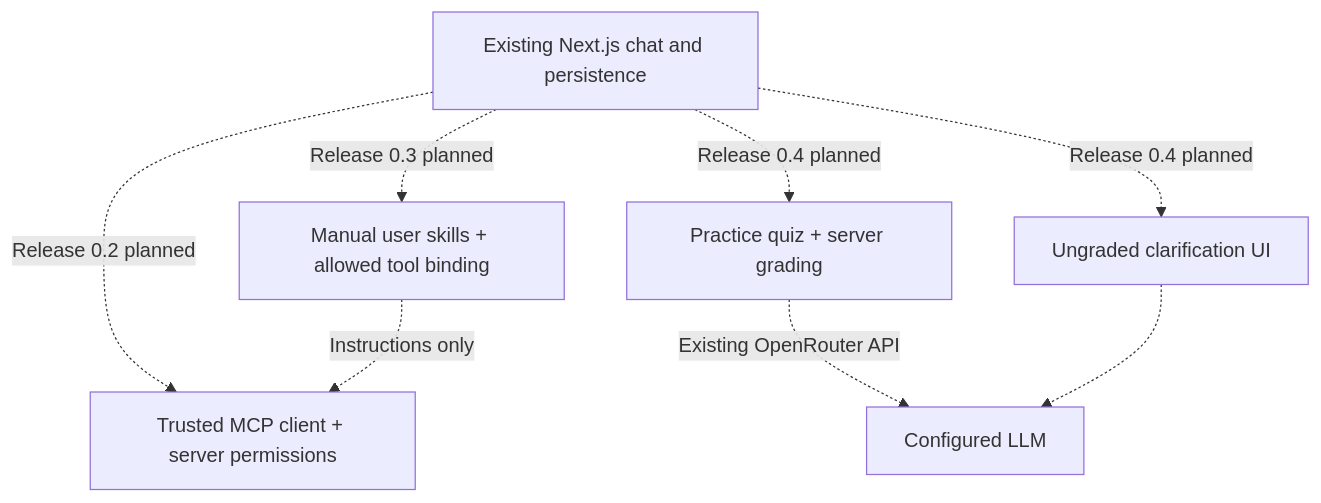
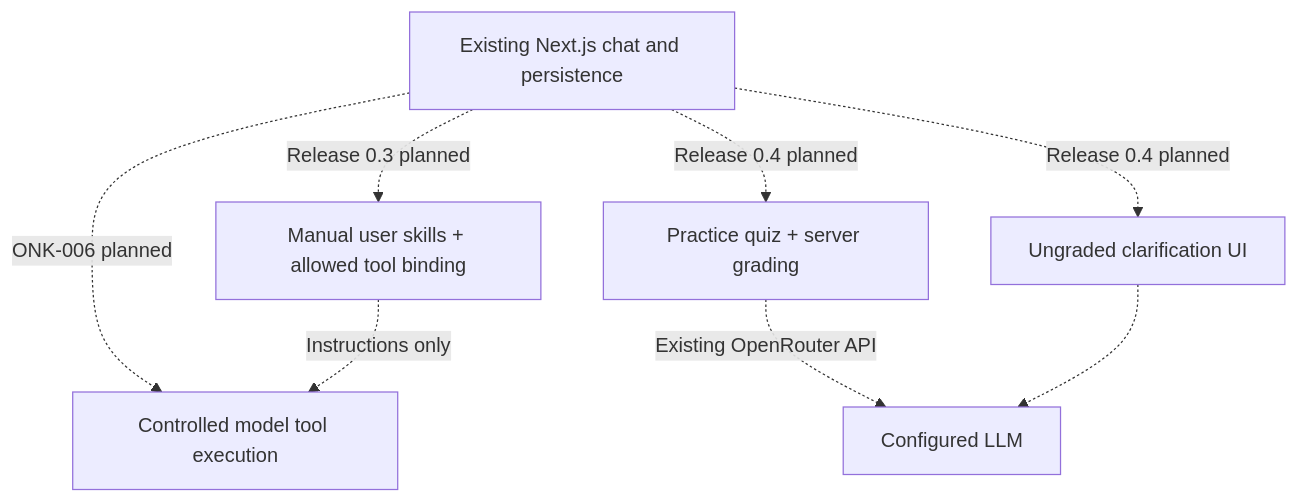
Before and after one commit to kereszteszsolt/open-nook-ai: the third of 3 diagrams in docs/architecture.md, drawn with Mermaid. The commit also changed other lines of this file and 35 other files, not shown here.

First line of the commit message:
feat: add trusted Context7 MCP discovery

````diff
--- a/docs/architecture.md
+++ b/docs/architecture.md
@@ -70,11 +74,11 @@
 ```mermaid
 flowchart TB
     App[Existing Next.js chat and persistence]
-    App -.->|Release 0.2 planned| MCP[Trusted MCP client + server permissions]
+    App -.->|ONK-006 planned| MCP[Controlled model tool execution]
     App -.->|Release 0.3 planned| Skills[Manual user skills + allowed tool binding]
     App -.->|Release 0.4 planned| Quiz[Practice quiz + server grading]
     App -.->|Release 0.4 planned| Questions[Ungraded clarification UI]
     Skills -.->|Instructions only| MCP
     Quiz -.->|Existing OpenRouter API| LLM[Configured LLM]
     Questions -.-> LLM
 ```
````
